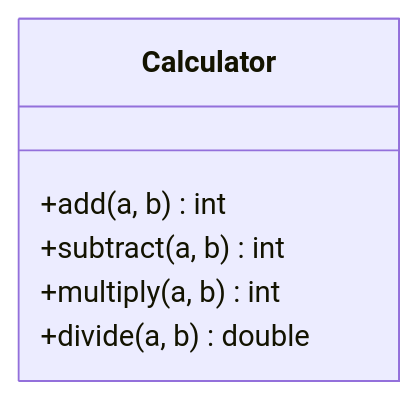
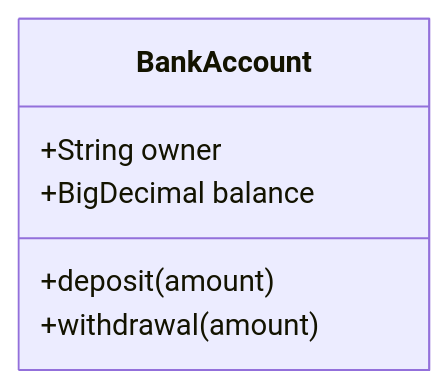
The sixth of 30 diagrams in skills/mermaid/examples/class.md (teachingai/full-stack-skills), drawn with Mermaid before and after one commit. The commit also changed other lines of this file and 21 other files, not shown here.

First line of the commit message:
docs(mermaid): 更新架构、块、C4和类图示例文档

````diff
--- a/skills/mermaid/examples/class.md
+++ b/skills/mermaid/examples/class.md
@@ -79,9 +119,9 @@
 ```mermaid
 classDiagram
-    class Calculator {
-        +add(a, b) int
-        +subtract(a, b) int
-        +multiply(a, b) int
-        +divide(a, b) double
-    }
+class BankAccount{
+    +String owner
+    +BigDecimal balance
+    +deposit(amount)
+    +withdrawal(amount)
+}
 ```
````
